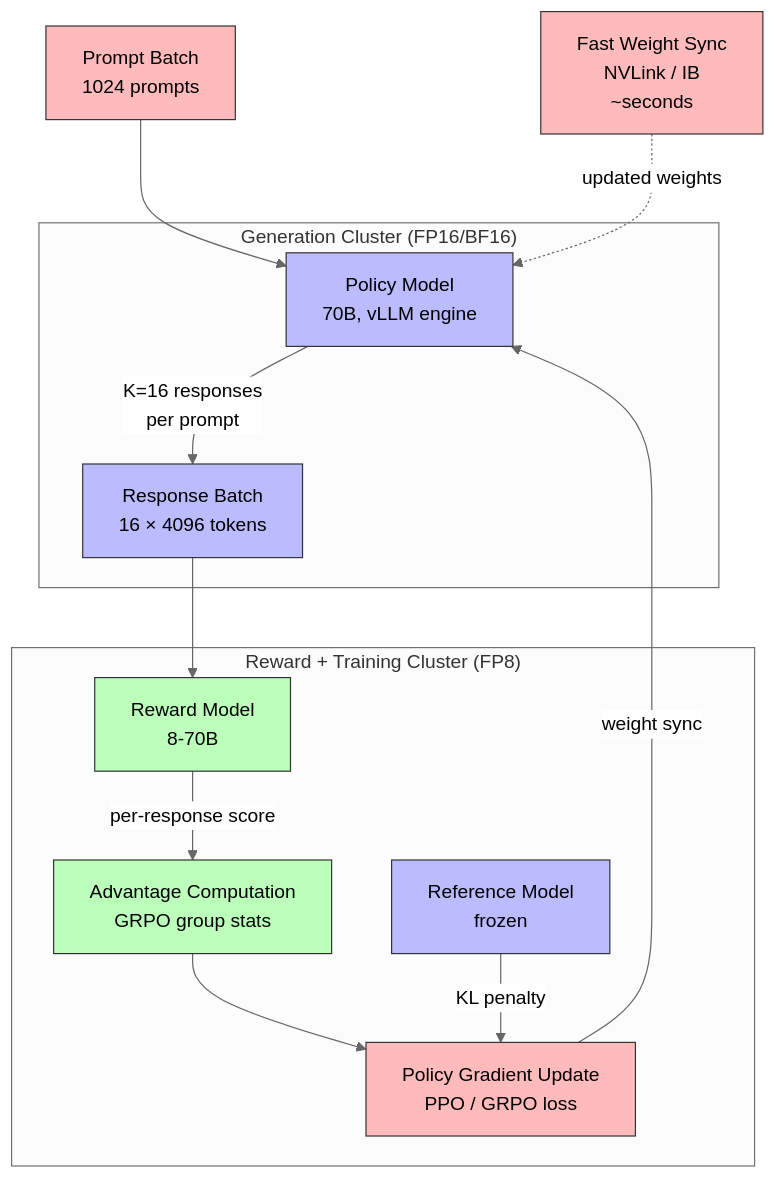
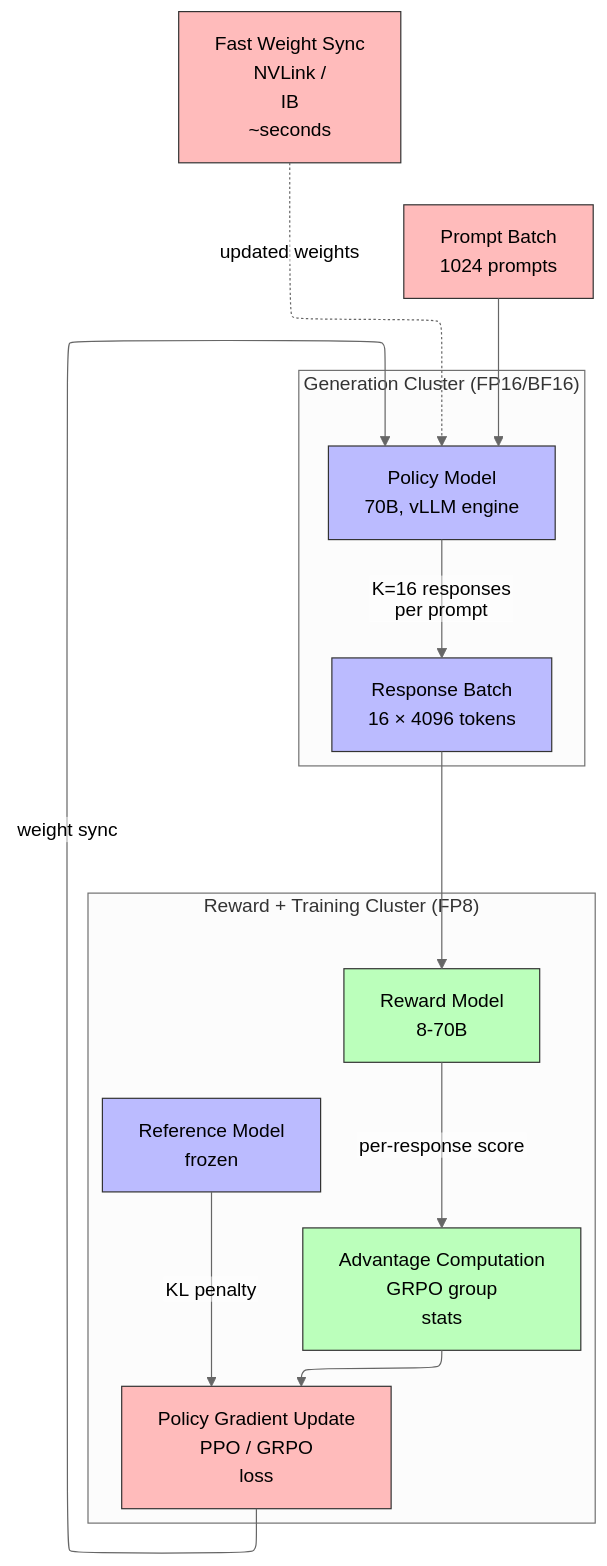
One commit to Wty2003328/ai_infra_intro changed the seventh of 7 diagrams in ai_infra/interview_prep/System_Design_Interview.md. Above: the diagram before and after it, drawn with Mermaid (neutral theme). The commit also changed other lines of this file and 108 other files, not shown here.

````diff
--- a/ai_infra/interview_prep/System_Design_Interview.md
+++ b/ai_infra/interview_prep/System_Design_Interview.md
@@ -469,25 +473,26 @@
 ```mermaid
+%%{init: {"flowchart": {"defaultRenderer": "elk", "nodeSpacing": 60, "rankSpacing": 60, "htmlLabels": false}}}%%
 flowchart TB
     classDef policy fill:#bbf,stroke:#333,stroke-width:1px
     classDef reward fill:#bfb,stroke:#333,stroke-width:1px
     classDef train fill:#fbb,stroke:#333,stroke-width:1px
 
     subgraph GenCluster["Generation Cluster (FP16/BF16)"]
         PM[Policy Model\n70B, vLLM engine]:::policy
         PM -->|K=16 responses\nper prompt| Responses[Response Batch\n16 × 4096 tokens]:::policy
     end
 
     subgraph RewardCluster["Reward + Training Cluster (FP8)"]
         RM[Reward Model\n8-70B]:::reward
-        RM -->|per-response score| Adv[Advantage Computation\nGRPO group stats]:::reward
-        Adv --> PG[Policy Gradient Update\nPPO / GRPO loss]:::train
+        RM -->|per-response score| Adv[Advantage Computation\nGRPO group<br/>stats]:::reward
+        Adv --> PG[Policy Gradient Update\nPPO / GRPO<br/>loss]:::train
         Ref[Reference Model\nfrozen]:::policy
         Ref -->|KL penalty| PG
     end
 
     Prompt[Prompt Batch\n1024 prompts]:::train --> PM
     Responses --> RM
     PG -->|weight sync| PM
 
-    WS[Fast Weight Sync\nNVLink / IB\n~seconds]:::train -.->|updated weights| PM
+    WS[Fast Weight Sync\nNVLink /<br/>IB\n~seconds]:::train -.->|updated weights| PM
 ```
````
